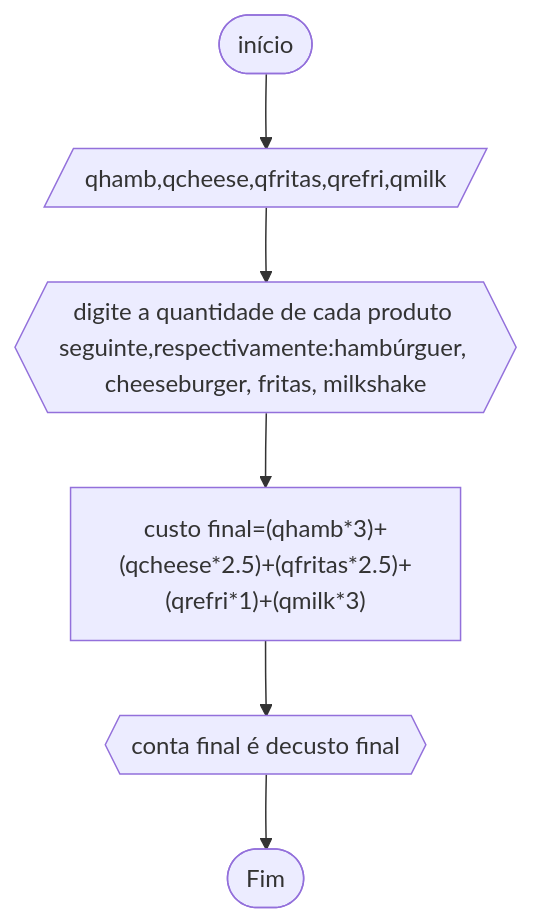
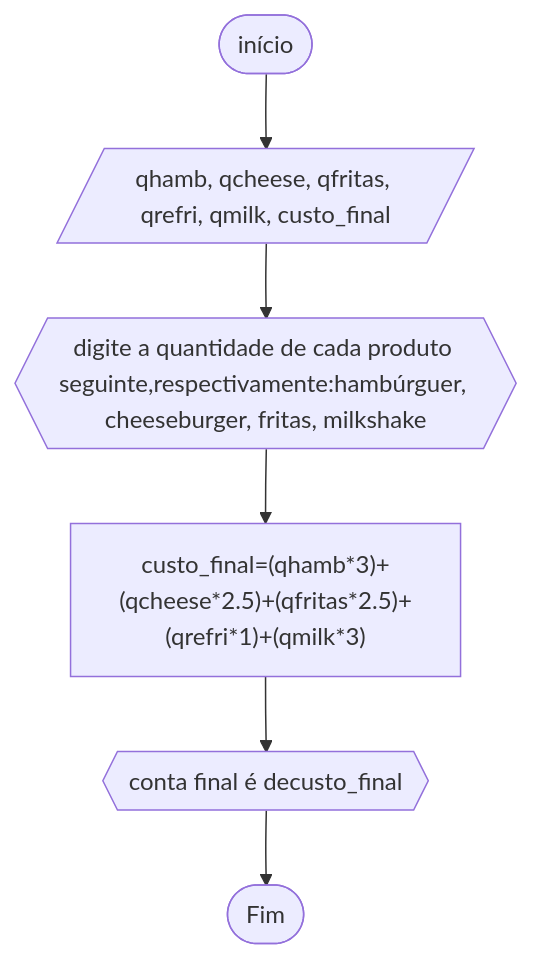
One commit to yeesusu/UNIFOR changed the sixth of 15 diagrams in RLA/RLA2/20exercícios_RLA.md. Above: the diagram before and after it, drawn with Mermaid. The commit also changed other lines of this file, not shown here.

````diff
--- a/RLA/RLA2/20exercícios_RLA.md
+++ b/RLA/RLA2/20exercícios_RLA.md
@@ -124,8 +124,8 @@
 ```mermaid
 flowchart TD
-A([início])-->B[/qhamb,qcheese,qfritas,qrefri,qmilk/]
+A([início])-->B[/qhamb, qcheese, qfritas, qrefri, qmilk, custo_final/]
 B-->C{{"digite a quantidade de cada produto seguinte,respectivamente:hambúrguer, cheeseburger, fritas, milkshake"}}
-C-->D["custo final=(qhamb*3)+(qcheese*2.5)+(qfritas*2.5)+(qrefri*1)+(qmilk*3)"]
-D-->E{{"conta final é de"custo final}}
+C-->D["custo_final=(qhamb*3)+(qcheese*2.5)+(qfritas*2.5)+(qrefri*1)+(qmilk*3)"]
+D-->E{{"conta final é de"custo_final}}
 E-->Z([Fim])
 ```
````
